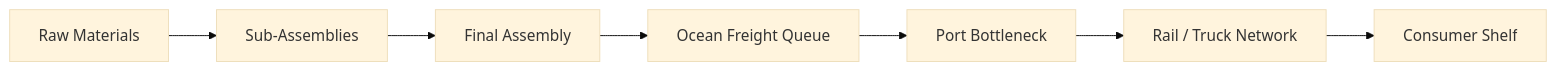
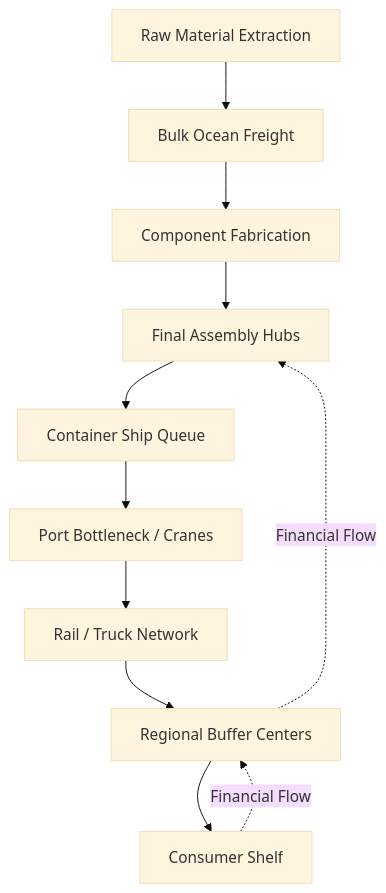
Before and after one commit to 07AMIT10/chaitra: the diagram in drishti/studies/GLOBAL_SUPPLY_CHAINS/README.md, drawn with Mermaid (base theme). The commit also changed other lines of this file and 127 other files, not shown here.

````diff
--- a/drishti/studies/GLOBAL_SUPPLY_CHAINS/README.md
+++ b/drishti/studies/GLOBAL_SUPPLY_CHAINS/README.md
@@ -13,9 +17,14 @@
 ```mermaid
-flowchart LR
-  Raw[Raw Materials] --> Sub[Sub-Assemblies]
-  Sub --> Assembly[Final Assembly]
-  Assembly --> Ships[Ocean Freight Queue]
-  Ships --> Port[Port Bottleneck]
+flowchart TD
+  Raw[Raw Material Extraction] --> Transit1[Bulk Ocean Freight]
+  Transit1 --> Sub[Component Fabrication]
+  Sub --> Assembly[Final Assembly Hubs]
+  Assembly --> Ships[Container Ship Queue]
+  Ships --> Port[Port Bottleneck / Cranes]
   Port --> Rail[Rail / Truck Network]
-  Rail --> Retail[Consumer Shelf]
+  Rail --> Warehouse[Regional Buffer Centers]
+  Warehouse --> Retail[Consumer Shelf]
+
+  Retail -.->|Financial Flow| Warehouse
+  Warehouse -.->|Financial Flow| Assembly
 ```
````
